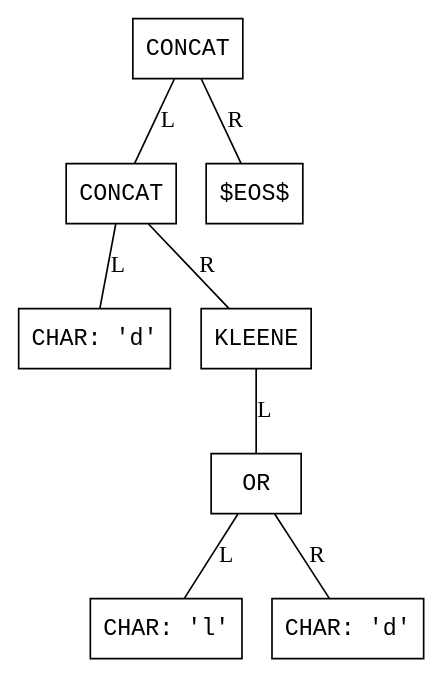
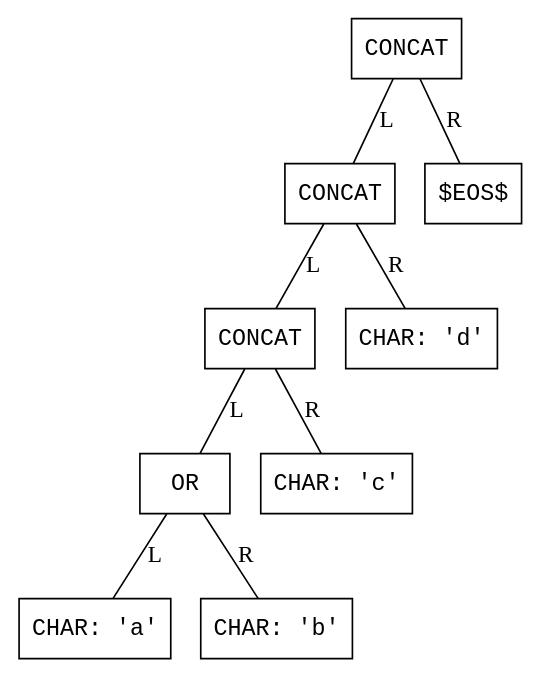
Before and after one commit to HotHeadd/automata25_mephi: the diagram in 2/ast.dot, drawn with Graphviz. The commit also changed 10 other files, not shown here.

```diff
--- a/2/ast.dot
+++ b/2/ast.dot
@@ -1,20 +1,22 @@
 digraph AST {
   node [shape=box, fontname="Courier"];
   edge [arrowhead=none];
 
   0 [label="CONCAT"];
   1 [label="CONCAT"];
-  2 [label="CHAR: 'd'"];
+  2 [label="CONCAT"];
+  3 [label="OR"];
+  4 [label="CHAR: 'a'"];
+  3 -> 4 [label="L"];
+  5 [label="CHAR: 'b'"];
+  3 -> 5 [label="R"];
+  2 -> 3 [label="L"];
+  6 [label="CHAR: 'c'"];
+  2 -> 6 [label="R"];
   1 -> 2 [label="L"];
-  3 [label="KLEENE"];
-  4 [label="OR"];
-  5 [label="CHAR: 'l'"];
-  4 -> 5 [label="L"];
-  6 [label="CHAR: 'd'"];
-  4 -> 6 [label="R"];
-  3 -> 4 [label="L"];
-  1 -> 3 [label="R"];
+  7 [label="CHAR: 'd'"];
+  1 -> 7 [label="R"];
   0 -> 1 [label="L"];
-  7 [label="$EOS$"];
-  0 -> 7 [label="R"];
+  8 [label="$EOS$"];
+  0 -> 8 [label="R"];
 }
```
